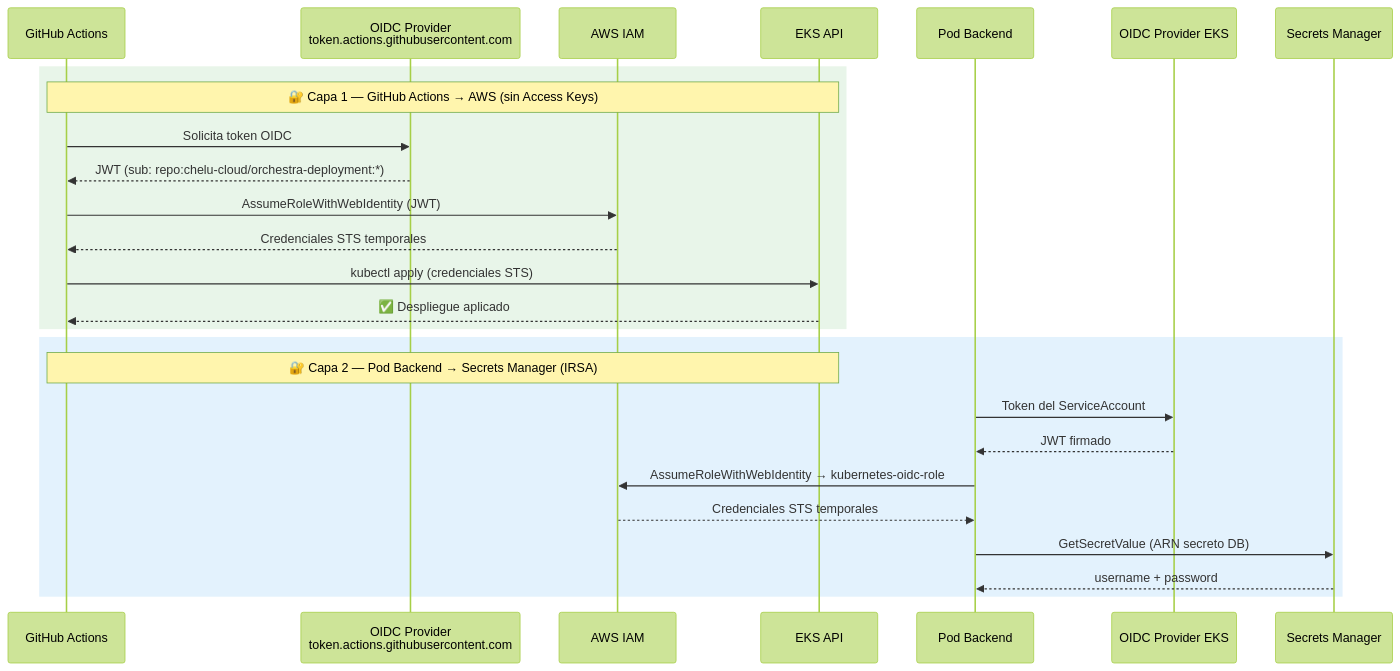
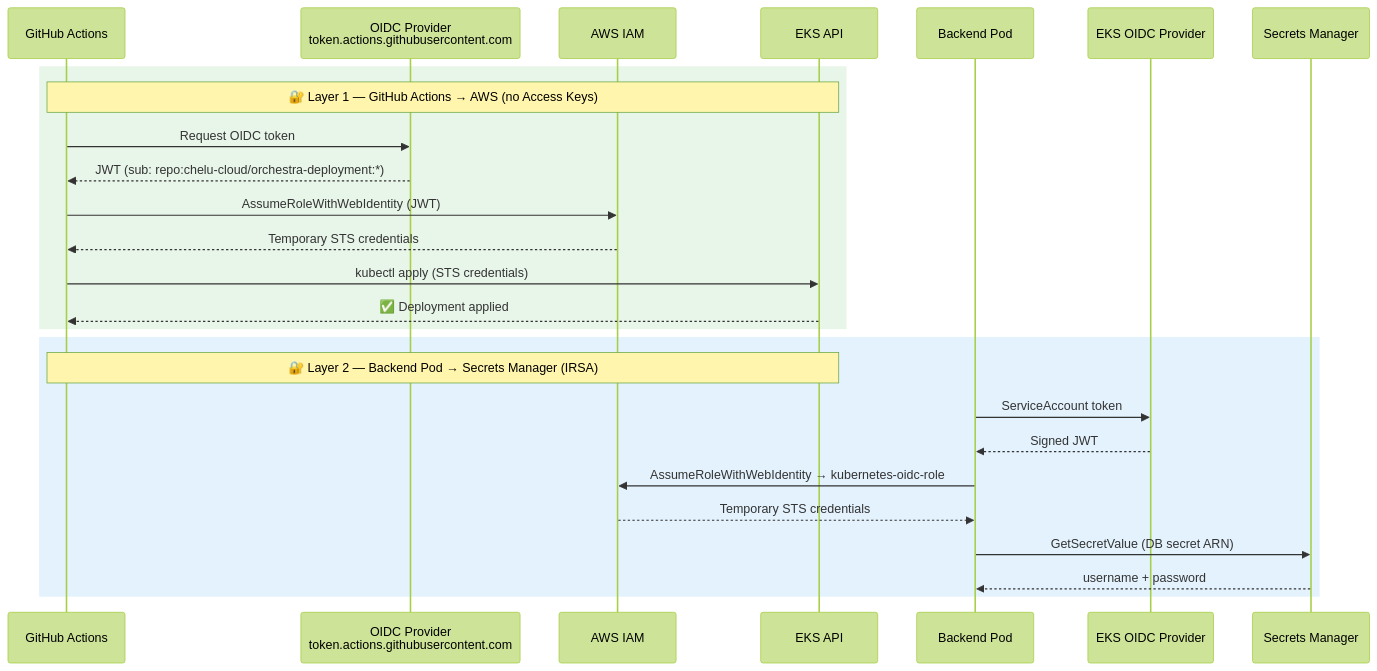
One commit to chelu-cloud/orchestra-deployment changed diagram 13 of 14 in README.MD. Above: the diagram before and after it, drawn with Mermaid (forest theme). The commit also changed other lines of this file, not shown here.

````diff
--- a/README.MD
+++ b/README.MD
@@ -572,31 +572,31 @@
 ```mermaid
 sequenceDiagram
     participant GHA as GitHub Actions
     participant GH_OIDC as OIDC Provider<br/>token.actions.githubusercontent.com
     participant IAM as AWS IAM
     participant EKS_API as EKS API
 
     rect rgb(232, 245, 233)
-        Note over GHA,EKS_API: 🔐 Capa 1 — GitHub Actions → AWS (sin Access Keys)
-        GHA->>GH_OIDC: Solicita token OIDC
+        Note over GHA,EKS_API: 🔐 Layer 1 — GitHub Actions → AWS (no Access Keys)
+        GHA->>GH_OIDC: Request OIDC token
         GH_OIDC-->>GHA: JWT (sub: repo:chelu-cloud/orchestra-deployment:*)
         GHA->>IAM: AssumeRoleWithWebIdentity (JWT)
-        IAM-->>GHA: Credenciales STS temporales
-        GHA->>EKS_API: kubectl apply (credenciales STS)
-        EKS_API-->>GHA: ✅ Despliegue aplicado
+        IAM-->>GHA: Temporary STS credentials
+        GHA->>EKS_API: kubectl apply (STS credentials)
+        EKS_API-->>GHA: ✅ Deployment applied
     end
 
     rect rgb(227, 242, 253)
-        Note over GHA,EKS_API: 🔐 Capa 2 — Pod Backend → Secrets Manager (IRSA)
-        participant POD as Pod Backend
-        participant EKS_OIDC as OIDC Provider EKS
+        Note over GHA,EKS_API: 🔐 Layer 2 — Backend Pod → Secrets Manager (IRSA)
+        participant POD as Backend Pod
+        participant EKS_OIDC as EKS OIDC Provider
         participant SM as Secrets Manager
 
-        POD->>EKS_OIDC: Token del ServiceAccount
-        EKS_OIDC-->>POD: JWT firmado
+        POD->>EKS_OIDC: ServiceAccount token
+        EKS_OIDC-->>POD: Signed JWT
         POD->>IAM: AssumeRoleWithWebIdentity → kubernetes-oidc-role
-        IAM-->>POD: Credenciales STS temporales
-        POD->>SM: GetSecretValue (ARN secreto DB)
+        IAM-->>POD: Temporary STS credentials
+        POD->>SM: GetSecretValue (DB secret ARN)
         SM-->>POD: username + password
     end
 ```
````
